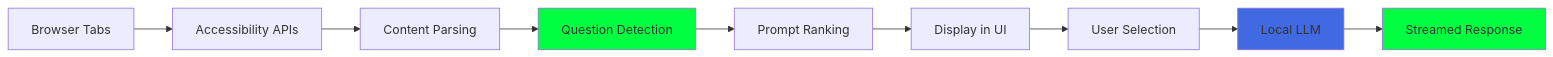
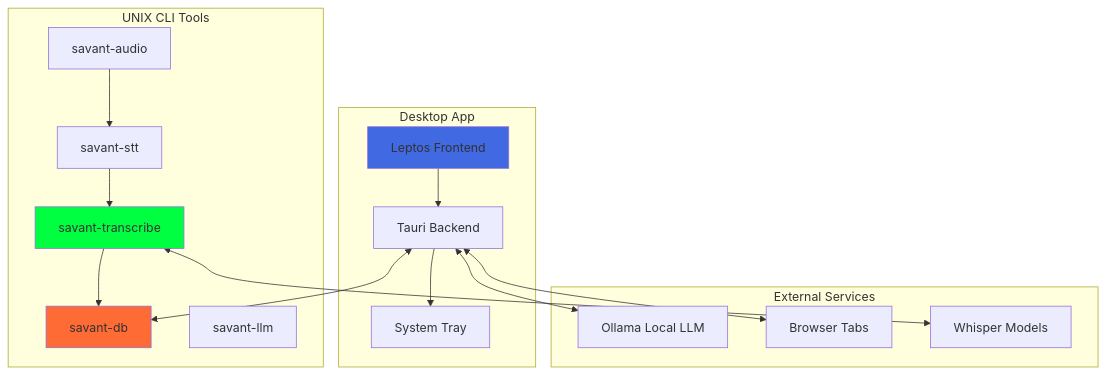
Before and after one commit to yeager620/savant-ai: the first of 2 diagrams in README.md, drawn with Mermaid. The commit also changed other lines of this file and 14 other files, not shown here.

````diff
--- a/README.md
+++ b/README.md
@@ -33,15 +26,29 @@
 ```mermaid
-graph LR
-    A[Browser Tabs] --> B[Accessibility APIs]
-    B --> C[Content Parsing]
-    C --> D[Question Detection]
-    D --> E[Prompt Ranking]
-    E --> F[Display in UI]
-    F --> G[User Selection]
-    G --> H[Local LLM]
-    H --> I[Streamed Response]
+graph TB
+    subgraph "Desktop App"
+        UI[Leptos Frontend] --> Backend[Tauri Backend]
+        Backend --> Tray[System Tray]
+    end
     
-    style D fill:#00ff41
-    style H fill:#4169e1
-    style I fill:#00ff41
+    subgraph "UNIX CLI Tools"
+        Audio[savant-audio] --> STT[savant-stt]
+        STT --> Transcribe[savant-transcribe]
+        Transcribe --> DB[savant-db]
+        LLM[savant-llm]
+    end
+    
+    subgraph "External Services"
+        Ollama[Ollama Local LLM]
+        Browser[Browser Tabs]
+        Whisper[Whisper Models]
+    end
+    
+    Backend <--> Ollama
+    Backend <--> Browser
+    Transcribe <--> Whisper
+    Backend <--> DB
+    
+    style UI fill:#4169e1
+    style Transcribe fill:#00ff41
+    style DB fill:#ff6b35
 ```
````
